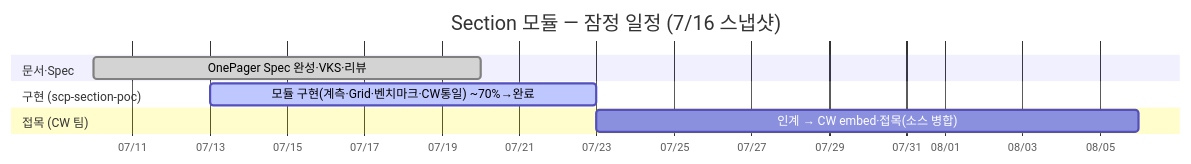
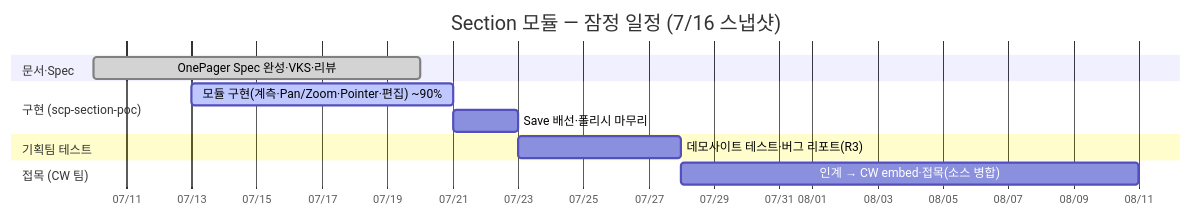
Before and after one commit to gracegyu/scp-architecture: the diagram in docs/SCP Cloud Server 연구/뷰어 관련 연구/WebSectionView/주간회의-Agenda.md, drawn with Mermaid. The commit also changed other lines of this file and 3 other files, not shown here.

````diff
--- a/docs/SCP Cloud Server 연구/뷰어 관련 연구/WebSectionView/주간회의-Agenda.md
+++ b/docs/SCP Cloud Server 연구/뷰어 관련 연구/WebSectionView/주간회의-Agenda.md
@@ -118,16 +120,20 @@
     ```mermaid
     gantt
         title Section 모듈 — 잠정 일정 (7/16 스냅샷)
         dateFormat YYYY-MM-DD
         axisFormat %m/%d
         todayMarker stroke-width:2px,stroke:#d33,opacity:0.5
 
         section 문서·Spec
         OnePager Spec 완성·VKS·리뷰       :done, spec, 2026-07-10, 10d
 
         section 구현 (scp-section-poc)
-        모듈 구현(계측·Grid·벤치마크·CW통일) ~70%→완료  :active, impl, 2026-07-13, 2026-07-23
+        모듈 구현(계측·Pan/Zoom·Pointer·편집) ~90%   :active, impl, 2026-07-13, 2026-07-21
+        Save 배선·폴리시 마무리                        :impl2, 2026-07-21, 2d
+
+        section 기획팀 테스트
+        데모사이트 테스트·버그 리포트(R3)              :qa, after impl2, 5d
 
         section 접목 (CW 팀)
-        인계 → CW embed·접목(소스 병합)      :integ, after impl, 14d
+        인계 → CW embed·접목(소스 병합)      :integ, after qa, 14d
     ```
````
